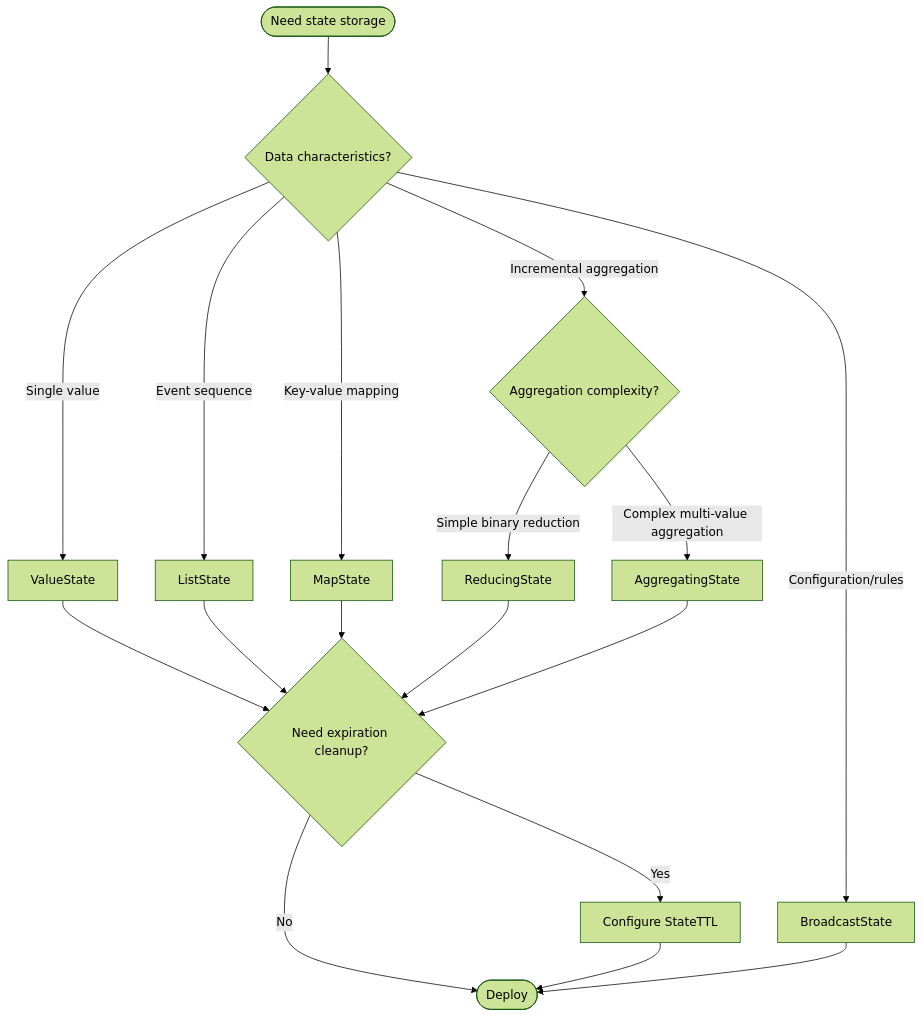
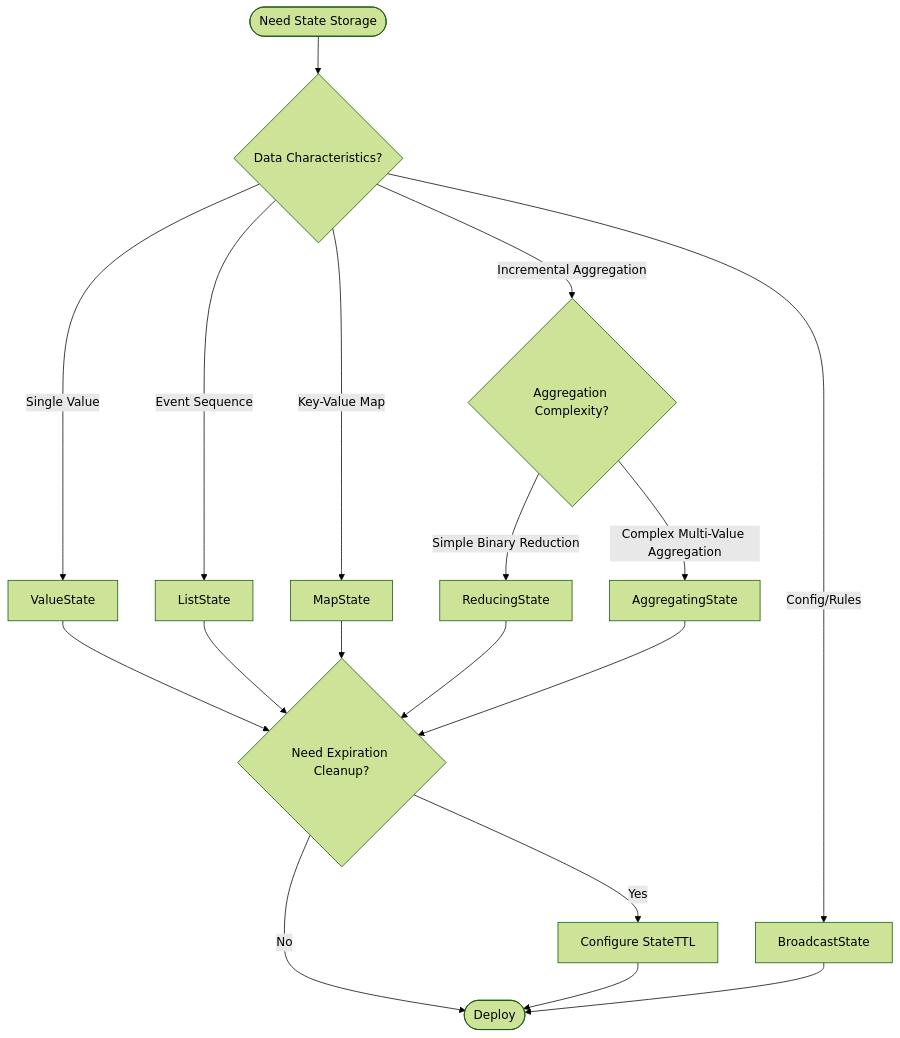
One commit to AdaMartin18010/AnalysisDataFlow changed the sixth of 8 diagrams in i18n/en/Flink/02-core/flink-state-management-complete-guide-en.md. Above: the diagram before and after it, drawn with Mermaid (forest theme). The commit also changed other lines of this file and 679 other files, not shown here.

````diff
--- a/i18n/en/Flink/02-core/flink-state-management-complete-guide-en.md
+++ b/i18n/en/Flink/02-core/flink-state-management-complete-guide-en.md
@@ -662,25 +1048,25 @@
 ```mermaid
 flowchart TD
-    Start([Need state storage]) --> Q1{Data characteristics?}
+    Start([Need State Storage]) --> Q1{Data Characteristics?}
 
-    Q1 -->|Single value| A1[ValueState]
-    Q1 -->|Event sequence| A2[ListState]
-    Q1 -->|Key-value mapping| A3[MapState]
-    Q1 -->|Incremental aggregation| Q2{Aggregation complexity?}
+    Q1 -->|Single Value| A1[ValueState]
+    Q1 -->|Event Sequence| A2[ListState]
+    Q1 -->|Key-Value Map| A3[MapState]
+    Q1 -->|Incremental Aggregation| Q2{Aggregation Complexity?}
 
-    Q2 -->|Simple binary reduction| B1[ReducingState]
-    Q2 -->|Complex multi-value aggregation| B2[AggregatingState]
+    Q2 -->|Simple Binary Reduction| B1[ReducingState]
+    Q2 -->|Complex Multi-Value Aggregation| B2[AggregatingState]
 
-    Q1 -->|Configuration/rules| A4[BroadcastState]
+    Q1 -->|Config/Rules| A4[BroadcastState]
 
-    A1 --> Check1{Need expiration cleanup?}
+    A1 --> Check1{Need Expiration Cleanup?}
     A2 --> Check1
     A3 --> Check1
     B1 --> Check1
     B2 --> Check1
 
     Check1 -->|Yes| TTL[Configure StateTTL]
     Check1 -->|No| Done([Deploy])
     TTL --> Done
     A4 --> Done
 ```
````
